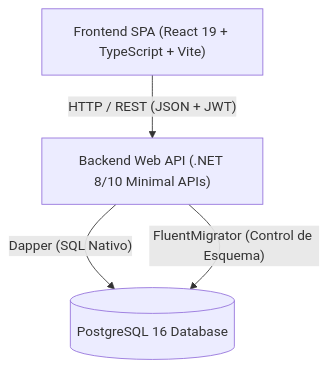
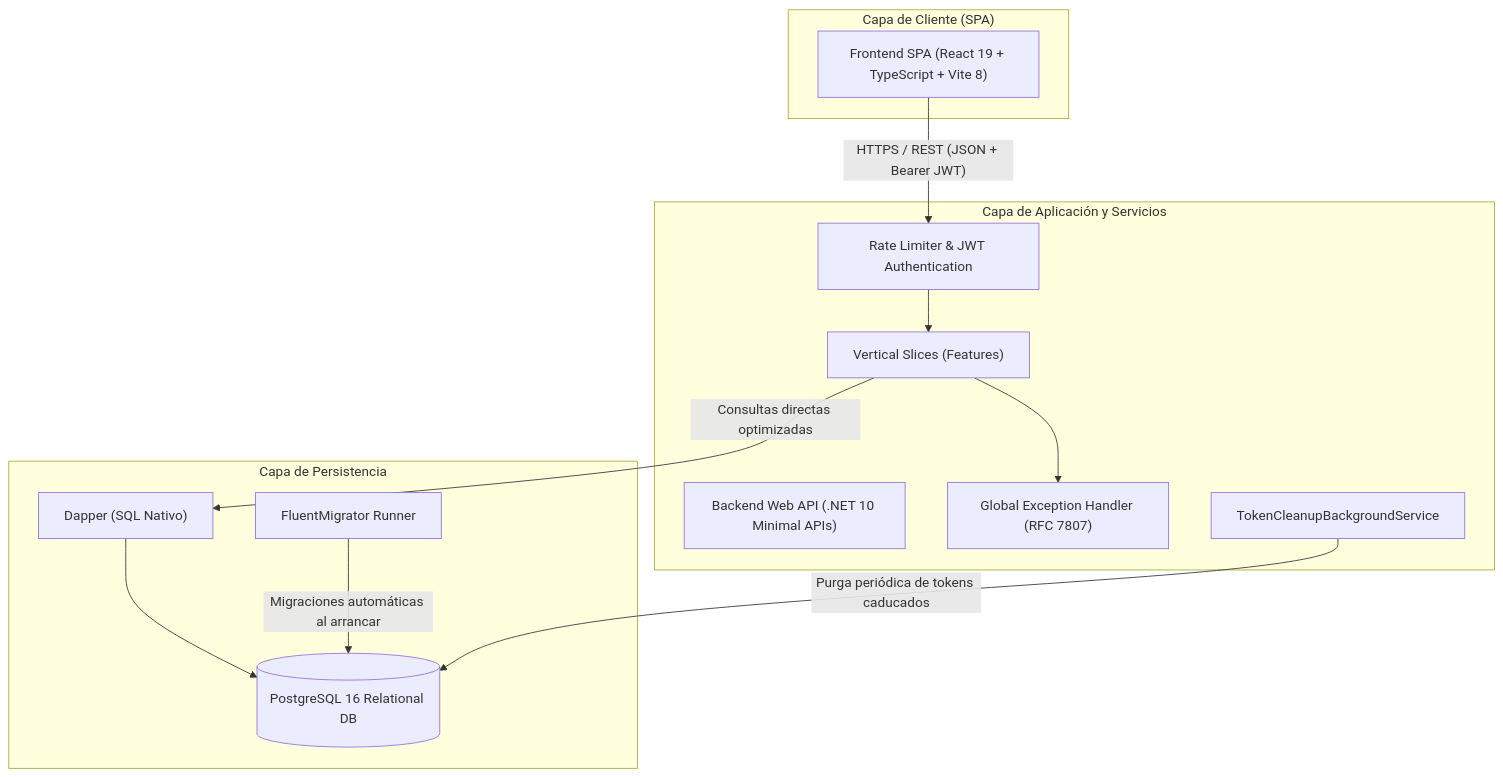
The diagram in docs/architecture/overview.md (NehuenCacabelos/AyVino), drawn with Mermaid before and after one commit. The commit also changed other lines of this file and 11 other files, not shown here.

````diff
--- a/docs/architecture/overview.md
+++ b/docs/architecture/overview.md
@@ -7,10 +9,28 @@
 ```mermaid
 graph TD
-    Client["Frontend SPA (React 19 + TypeScript + Vite)"]
-    API["Backend Web API (.NET 8/10 Minimal APIs)"]
-    DB[("PostgreSQL 16 Database")]
+    subgraph ClientLayer["Capa de Cliente (SPA)"]
+        SPA["Frontend SPA (React 19 + TypeScript + Vite 8)"]
+    end
 
-    Client -->|"HTTP / REST (JSON + JWT)"| API
-    API -->|"Dapper (SQL Nativo)"| DB
-    API -->|"FluentMigrator (Control de Esquema)"| DB
+    subgraph ApiLayer["Capa de Aplicación y Servicios"]
+        API["Backend Web API (.NET 10 Minimal APIs)"]
+        AuthMid["Rate Limiter & JWT Authentication"]
+        ExMid["Global Exception Handler (RFC 7807)"]
+        Slices["Vertical Slices (Features)"]
+        BGService["TokenCleanupBackgroundService"]
+    end
+
+    subgraph DataLayer["Capa de Persistencia"]
+        Dapper["Dapper (SQL Nativo)"]
+        Migrator["FluentMigrator Runner"]
+        PG[("PostgreSQL 16 Relational DB")]
+    end
+
+    SPA -->|"HTTPS / REST (JSON + Bearer JWT)"| AuthMid
+    AuthMid --> Slices
+    Slices --> ExMid
+    Slices -->|"Consultas directas optimizadas"| Dapper
+    Dapper --> PG
+    Migrator -->|"Migraciones automáticas al arrancar"| PG
+    BGService -->|"Purga periódica de tokens caducados"| PG
 ```
````
